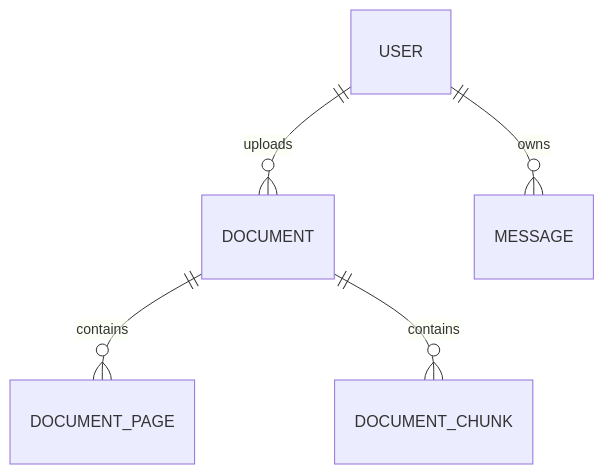
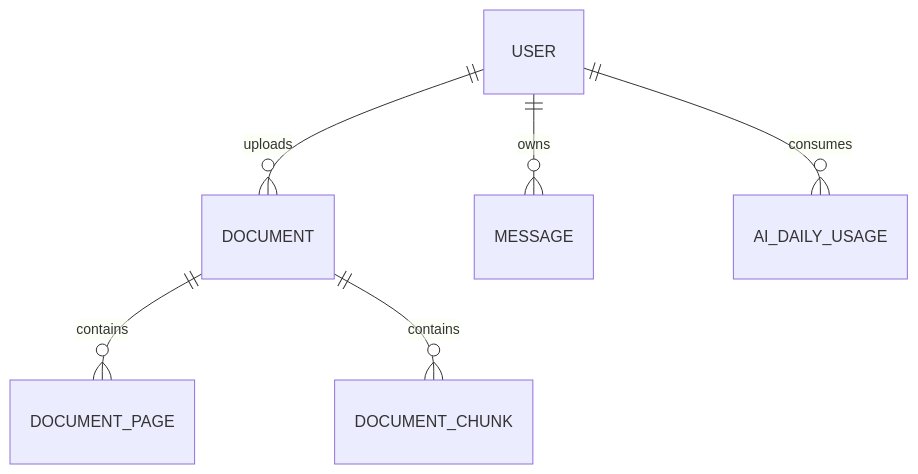
Before and after one commit to AraMatevosyan/ai-klowledge-base: the fourth of 4 diagrams in README.md, drawn with Mermaid. The commit also changed other lines of this file, not shown here.

````diff
--- a/README.md
+++ b/README.md
@@ -304,7 +444,8 @@
 ```mermaid
 erDiagram
     USER ||--o{ DOCUMENT : uploads
     DOCUMENT ||--o{ DOCUMENT_PAGE : contains
     DOCUMENT ||--o{ DOCUMENT_CHUNK : contains
     USER ||--o{ MESSAGE : owns
+    USER ||--o{ AI_DAILY_USAGE : consumes
 ```
````
